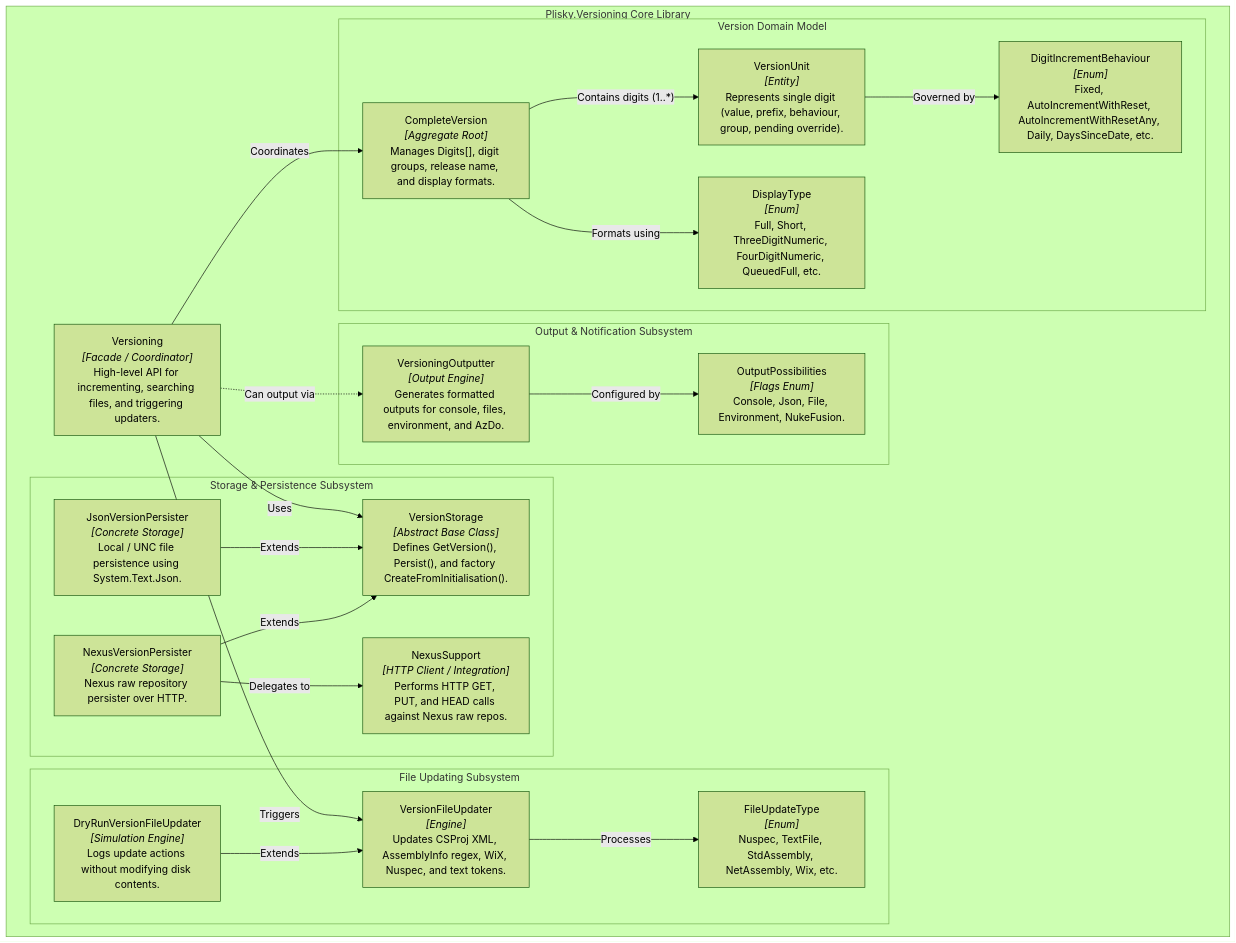
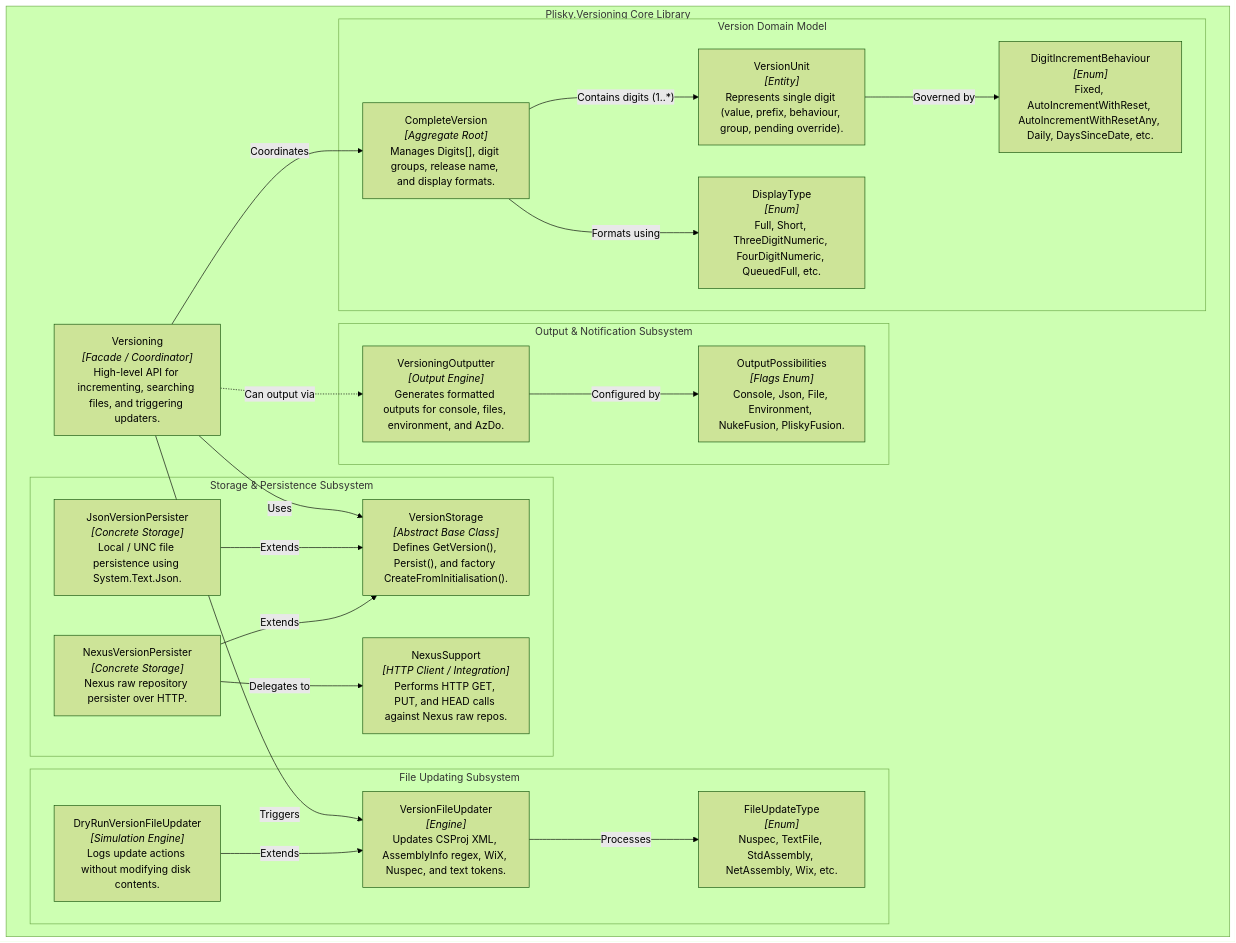
The fourth of 6 diagrams in docs/versonify_architecture.md (Itsey/Plisky.Versioning), drawn with Mermaid (forest theme) before and after one commit. The commit also changed 9 other files, not shown here.

First line of the commit message:
feature:#LFY-82 add OSS-agnostic Plisky Fusion output

````diff
--- a/docs/versonify_architecture.md
+++ b/docs/versonify_architecture.md
@@ -145,48 +145,48 @@
 ```mermaid
 flowchart TD
     subgraph CoreLibrary ["Plisky.Versioning Core Library"]
         Facade["Versioning<br/><i>[Facade / Coordinator]</i><br/>High-level API for incrementing, searching files, and triggering updaters."]
         
         subgraph DomainModel ["Version Domain Model"]
             CV["CompleteVersion<br/><i>[Aggregate Root]</i><br/>Manages Digits[], digit groups, release name, and display formats."]
             VU["VersionUnit<br/><i>[Entity]</i><br/>Represents single digit (value, prefix, behaviour, group, pending override)."]
             DIB["DigitIncrementBehaviour<br/><i>[Enum]</i><br/>Fixed, AutoIncrementWithReset, AutoIncrementWithResetAny, Daily, DaysSinceDate, etc."]
             DT["DisplayType<br/><i>[Enum]</i><br/>Full, Short, ThreeDigitNumeric, FourDigitNumeric, QueuedFull, etc."]
         end
 
         subgraph StorageSubsystem ["Storage & Persistence Subsystem"]
             VS["VersionStorage<br/><i>[Abstract Base Class]</i><br/>Defines GetVersion(), Persist(), and factory CreateFromInitialisation()."]
             JVP["JsonVersionPersister<br/><i>[Concrete Storage]</i><br/>Local / UNC file persistence using System.Text.Json."]
             NVP["NexusVersionPersister<br/><i>[Concrete Storage]</i><br/>Nexus raw repository persister over HTTP."]
             NexusSupp["NexusSupport<br/><i>[HTTP Client / Integration]</i><br/>Performs HTTP GET, PUT, and HEAD calls against Nexus raw repos."]
         end
 
         subgraph FileUpdatingSubsystem ["File Updating Subsystem"]
             VFU["VersionFileUpdater<br/><i>[Engine]</i><br/>Updates CSProj XML, AssemblyInfo regex, WiX, Nuspec, and text tokens."]
             DryRun["DryRunVersionFileUpdater<br/><i>[Simulation Engine]</i><br/>Logs update actions without modifying disk contents."]
             FUT["FileUpdateType<br/><i>[Enum]</i><br/>Nuspec, TextFile, StdAssembly, NetAssembly, Wix, etc."]
         end
 
         subgraph OutputSubsystem ["Output & Notification Subsystem"]
             VO["VersioningOutputter<br/><i>[Output Engine]</i><br/>Generates formatted outputs for console, files, environment, and AzDo."]
-            OP["OutputPossibilities<br/><i>[Flags Enum]</i><br/>Console, Json, File, Environment, NukeFusion."]
+            OP["OutputPossibilities<br/><i>[Flags Enum]</i><br/>Console, Json, File, Environment, NukeFusion, PliskyFusion."]
         end
     end
 
     Facade -->|"Coordinates"| CV
     CV -->|"Contains digits (1..*)"| VU
     VU -->|"Governed by"| DIB
     CV -->|"Formats using"| DT
 
     Facade -->|"Uses"| VS
     JVP -->|"Extends"| VS
     NVP -->|"Extends"| VS
     NVP -->|"Delegates to"| NexusSupp
 
     Facade -->|"Triggers"| VFU
     DryRun -->|"Extends"| VFU
     VFU -->|"Processes"| FUT
 
     Facade -.->|"Can output via"| VO
     VO -->|"Configured by"| OP
 ```
````
